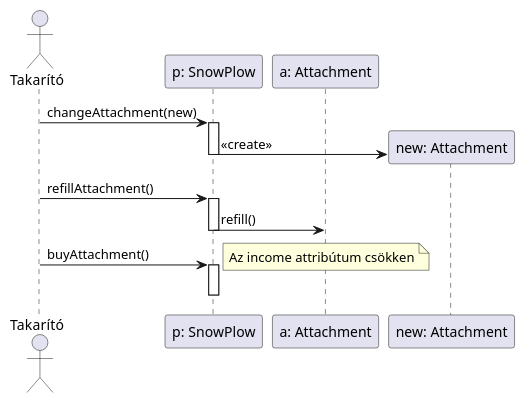
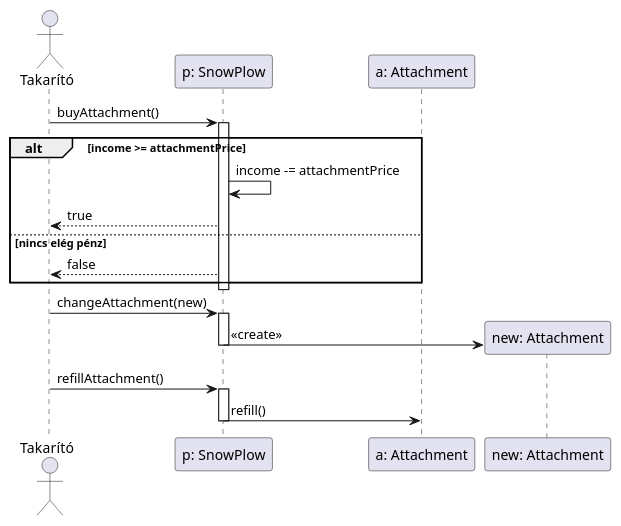
One commit to toth-andor/UneNotteANapoli changed the diagram in docs/04/diagrams/sequence/03.puml. Above: the diagram before and after it, drawn with PlantUML. The commit also changed 1 other file, not shown here.

Commit message:
new versions of the diagrams

```diff
--- a/docs/04/diagrams/sequence/03.puml
+++ b/docs/04/diagrams/sequence/03.puml
@@ -1,21 +1,27 @@
 @startuml
 actor "Takarító" as T
 participant "p: SnowPlow" as P
 participant "a: Attachment" as A
+
+T -> P : buyAttachment()
+activate P
+    alt income >= attachmentPrice
+        P -> P : income -= attachmentPrice
+      
+        P --> T : true
+    else nincs elég pénz
+        P --> T : false
+    end
+deactivate P
 
 T -> P : changeAttachment(new)
 activate P
     create "new: Attachment" as NA
     P -> NA : <<create>>
 deactivate P
 
 T -> P : refillAttachment()
 activate P
     P -> A : refill()
 deactivate P
-
-T -> P : buyAttachment()
-activate P
-    note right: Az income attribútum csökken
-deactivate P
 @enduml
```
